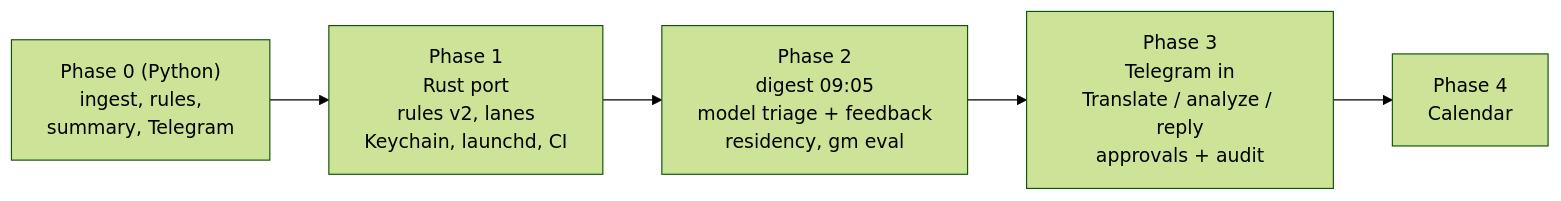
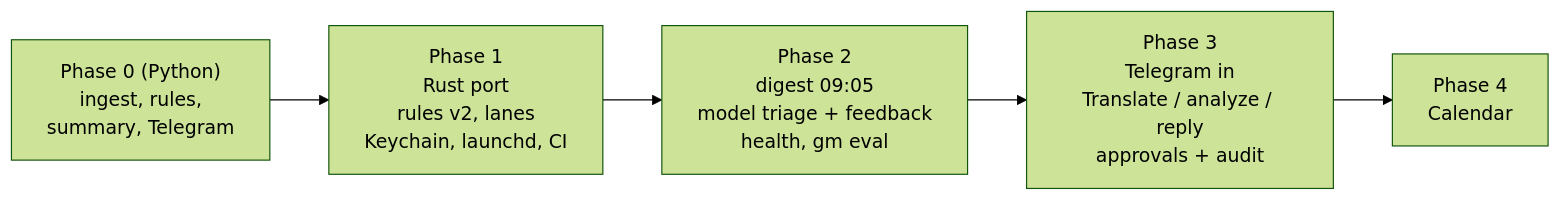
One commit to huydt84/google-management changed diagram 11 of 11 in docs/architecture.md. Above: the diagram before and after it, drawn with Mermaid (forest theme). The commit also changed other lines of this file and 81 other files, not shown here.

````diff
--- a/docs/architecture.md
+++ b/docs/architecture.md
@@ -456,9 +479,9 @@
 ```mermaid
 flowchart LR
     p0["Phase 0 (Python)<br/>ingest, rules,<br/>summary, Telegram"]
     p1["Phase 1<br/>Rust port<br/>rules v2, lanes<br/>Keychain, launchd, CI"]
-    p2["Phase 2<br/>digest 09:05<br/>model triage + feedback<br/>residency, gm eval"]
+    p2["Phase 2<br/>digest 09:05<br/>model triage + feedback<br/>health, gm eval"]
     p3["Phase 3<br/>Telegram in<br/>Translate / analyze / reply<br/>approvals + audit"]
     p4["Phase 4<br/>Calendar"]
     p0 --> p1 --> p2 --> p3 --> p4
 ```
````
